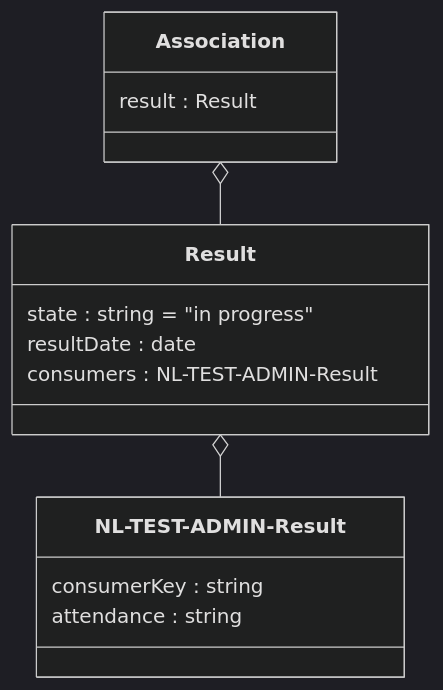
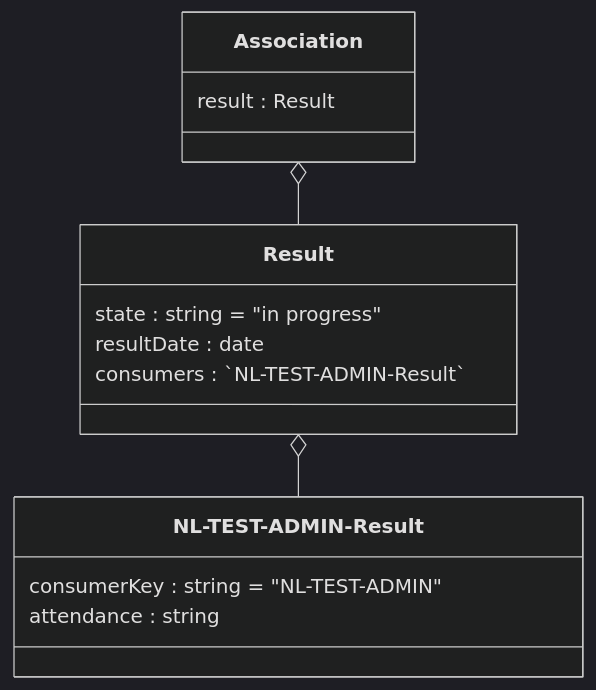
Before and after one commit to NetwerkExamineringDigitalisering/NED-OOAPI: the fourth of 6 diagrams in doc/flow3.md, drawn with Mermaid (dark theme). The commit also changed other lines of this file and 4 other files, not shown here.

Commit message:
fix mermaid issues with dashes

````diff
--- a/doc/flow3.md
+++ b/doc/flow3.md
@@ -133,17 +133,17 @@
 ```mermaid
 classDiagram
     class Association {
 	result : Result
     }
     class Result {
     	state : string = "in progress"
-	resultDate : date
-	consumers : NL-TEST-ADMIN-Result
+      resultDate : date
+      consumers : `NL-TEST-ADMIN-Result`
     }
-    class NL-TEST-ADMIN-Result {
-	consumerKey : string
-	attendance : string
+    class `NL-TEST-ADMIN-Result` {
+    	consumerKey : string = "NL-TEST-ADMIN"
+      attendance : string
     }
     Association o-- Result
-    Result o-- NL-TEST-ADMIN-Result
+    Result o-- `NL-TEST-ADMIN-Result`
 ```
````
